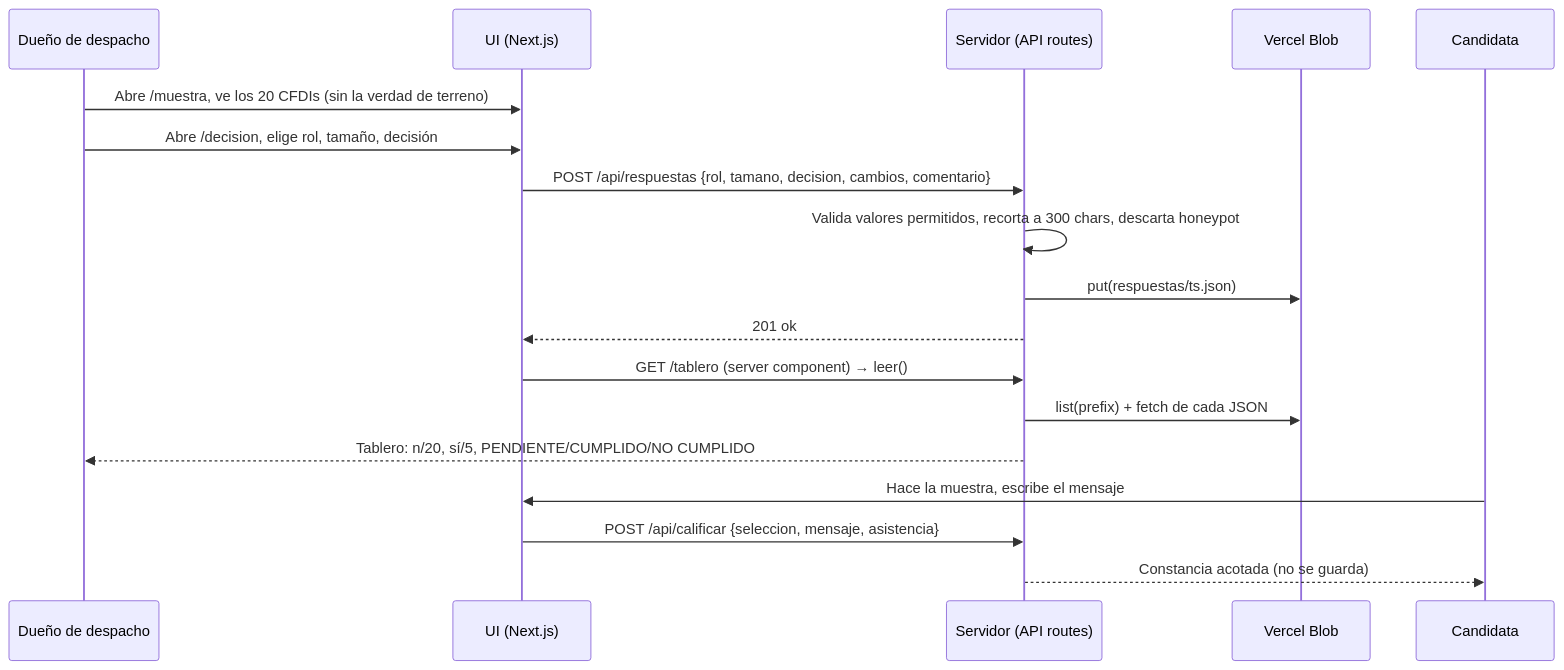
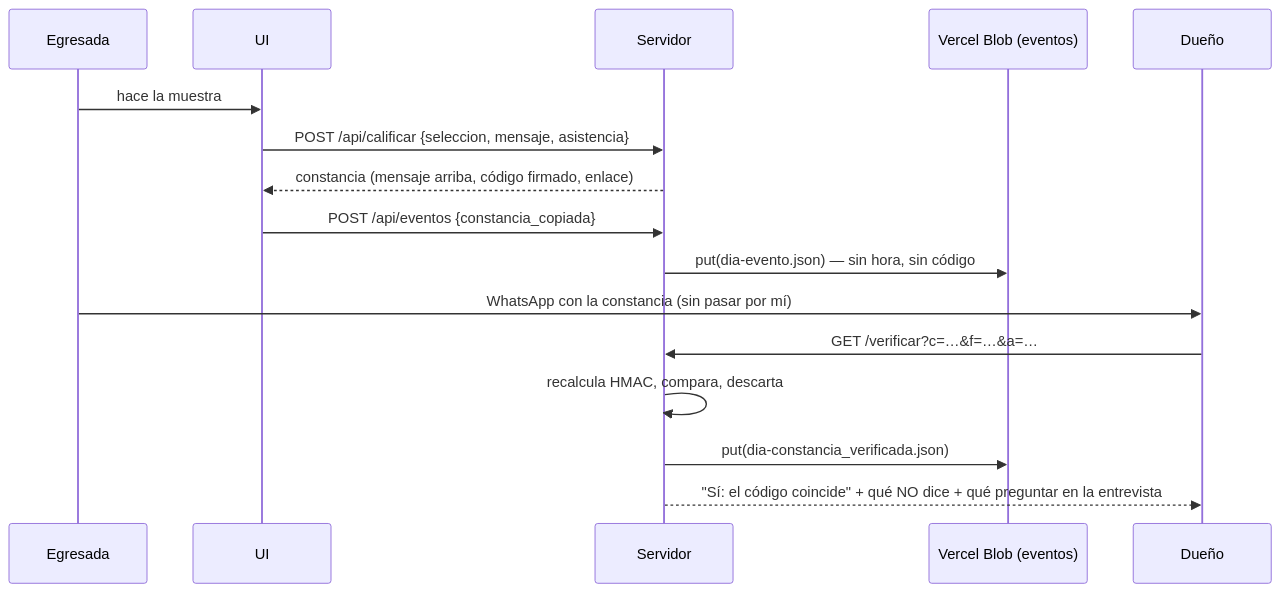
The second of 2 diagrams in docs/PACKET.md (andresbuildshub/w04-criba), drawn with Mermaid before and after one commit. The commit also changed other lines of this file and 1 other file, not shown here.

Commit message:
docs(semana 13): packet antes del código — cinco usuarios reales, constancia con mensaje arriba + firma, log por día

````diff
--- a/docs/PACKET.md
+++ b/docs/PACKET.md
@@ -44,20 +52,18 @@
 ```mermaid
 sequenceDiagram
-  participant D as Dueño de despacho
-  participant U as UI (Next.js)
-  participant S as Servidor (API routes)
-  participant B as Vercel Blob
-  participant C as Candidata
-  D->>U: Abre /muestra, ve los 20 CFDIs (sin la verdad de terreno)
-  D->>U: Abre /decision, elige rol, tamaño, decisión
-  U->>S: POST /api/respuestas {rol, tamano, decision, cambios, comentario}
-  S->>S: Valida valores permitidos, recorta a 300 chars, descarta honeypot
-  S->>B: put(respuestas/ts.json)
-  S-->>U: 201 ok
-  U->>S: GET /tablero (server component) → leer()
-  S->>B: list(prefix) + fetch de cada JSON
-  S-->>D: Tablero: n/20, sí/5, PENDIENTE/CUMPLIDO/NO CUMPLIDO
-  C->>U: Hace la muestra, escribe el mensaje
+  participant E as Egresada
+  participant U as UI
+  participant S as Servidor
+  participant B as Vercel Blob (eventos)
+  participant D as Dueño
+  E->>U: hace la muestra
   U->>S: POST /api/calificar {seleccion, mensaje, asistencia}
-  S-->>C: Constancia acotada (no se guarda)
+  S-->>U: constancia (mensaje arriba, código firmado, enlace)
+  U->>S: POST /api/eventos {constancia_copiada}
+  S->>B: put(dia-evento.json) — sin hora, sin código
+  E->>D: WhatsApp con la constancia (sin pasar por mí)
+  D->>S: GET /verificar?c=…&f=…&a=…
+  S->>S: recalcula HMAC, compara, descarta
+  S->>B: put(dia-constancia_verificada.json)
+  S-->>D: "Sí: el código coincide" + qué NO dice + qué preguntar en la entrevista
 ```
````
